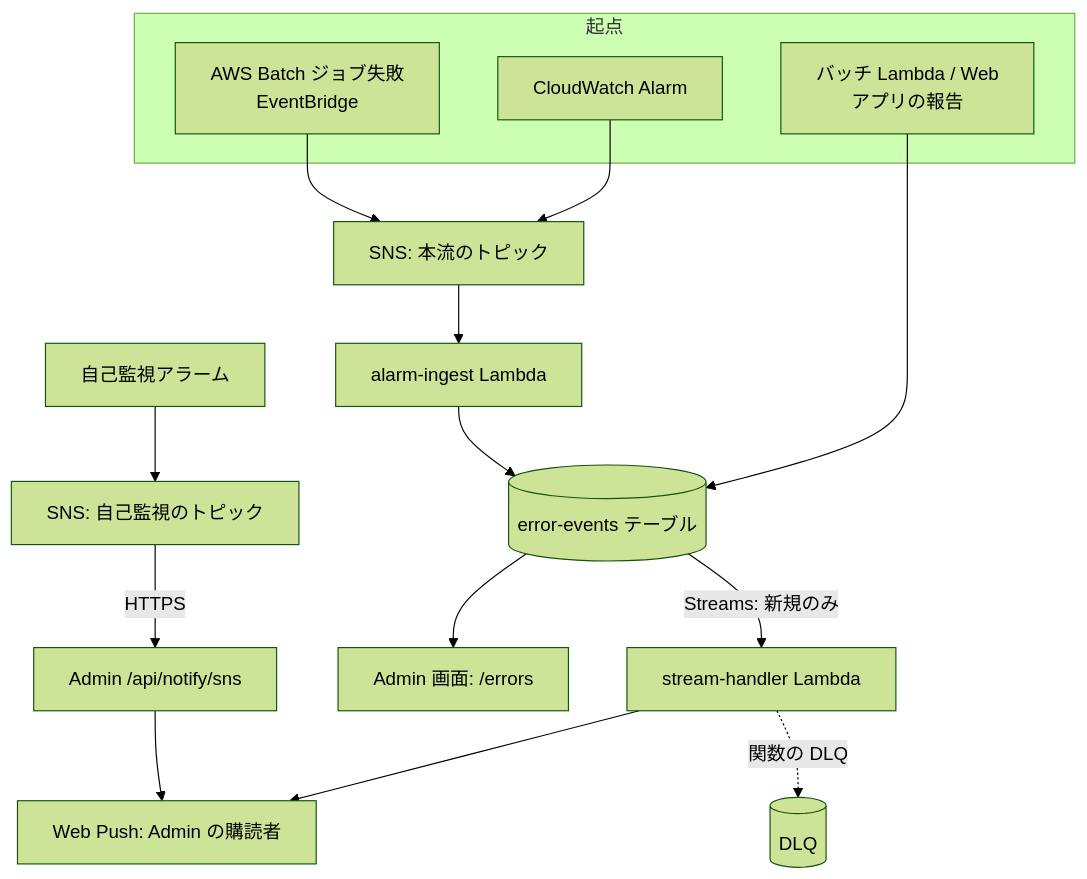
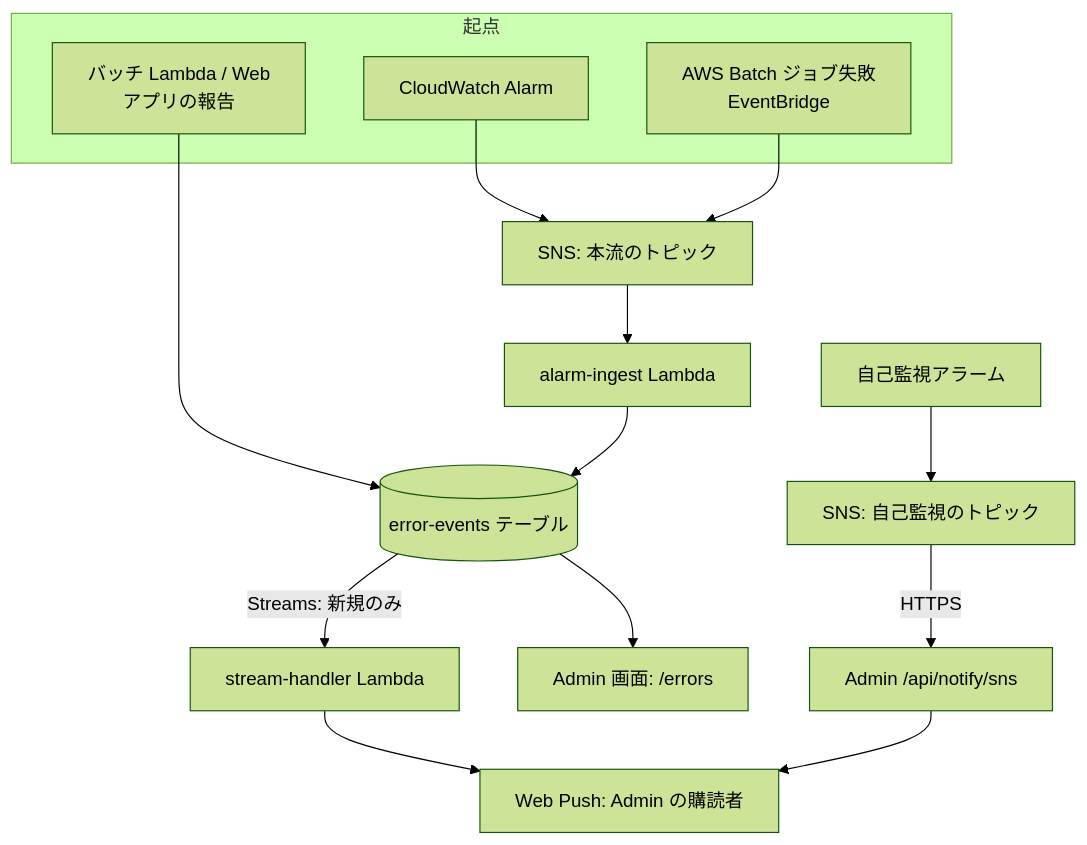
Before and after one commit to nagiyu/nagiyu-platform: the second of 2 diagrams in docs/services/admin/specs/flow/error-notification.md, drawn with Mermaid (forest theme). The commit also changed other lines of this file and 32 other files, not shown here.

````diff
--- a/docs/services/admin/specs/flow/error-notification.md
+++ b/docs/services/admin/specs/flow/error-notification.md
@@ -69,20 +68,19 @@
 ```mermaid
 flowchart TD
     subgraph ORIGIN["起点"]
         APP["バッチ Lambda / Web<br/>アプリの報告"]
         CW["CloudWatch Alarm"]
         BATCH["AWS Batch ジョブ失敗<br/>EventBridge"]
     end
     CW --> SNS["SNS: 本流のトピック"]
     BATCH --> SNS
     SNS --> AI["alarm-ingest Lambda"]
     APP --> T[("error-events テーブル")]
     AI --> T
     T -->|"Streams: 新規のみ"| SH["stream-handler Lambda"]
     SH --> PUSH["Web Push: Admin の購読者"]
     T --> UI["Admin 画面: /errors"]
-    SH -.->|"関数の DLQ"| DLQ[("DLQ")]
     SELF["自己監視アラーム"] --> SNS2["SNS: 自己監視のトピック"]
     SNS2 -->|"HTTPS"| API["Admin /api/notify/sns"]
     API --> PUSH
 ```
````
